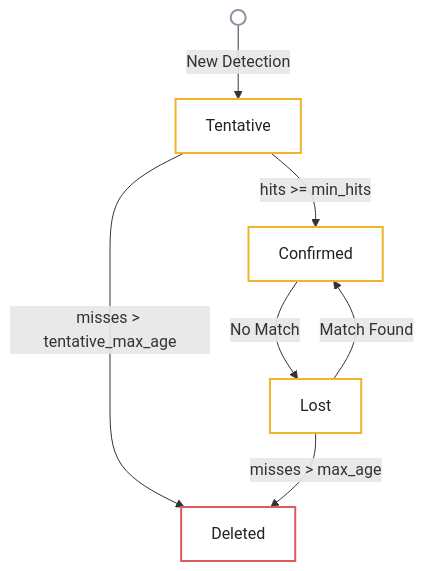
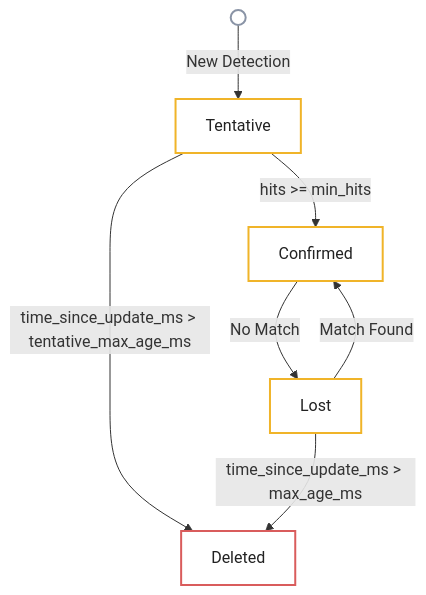
The second of 2 diagrams in docs/wiki/2.3-multi-object-tracking.md (e7canasta/mana-lite), drawn with Mermaid before and after one commit. The commit also changed other lines of this file and 33 other files, not shown here.

````diff
--- a/docs/wiki/2.3-multi-object-tracking.md
+++ b/docs/wiki/2.3-multi-object-tracking.md
@@ -159,31 +160,31 @@
 ```mermaid
 flowchart TB
 
     %% ========================================
     %% TRACK LIFECYCLE
     %% ========================================
 
     Start(( )) -->|"New Detection"| Tentative["Tentative"]
 
     Tentative -->|"hits >= min_hits"| Confirmed["Confirmed"]
 
-    Tentative -->|"misses > tentative_max_age"| Deleted["Deleted"]
+    Tentative -->|"time_since_update_ms > tentative_max_age_ms"| Deleted["Deleted"]
 
     Confirmed -->|"No Match"| Lost["Lost"]
 
     Lost -->|"Match Found"| Confirmed
 
-    Lost -->|"misses > max_age"| Deleted
+    Lost -->|"time_since_update_ms > max_age_ms"| Deleted
 
     %% ========================================
     %% STYLES
     %% ========================================
 
     classDef logicNode fill:#FFFFFF,stroke:#F0B429,stroke-width:2px,color:#222;
     classDef errorNode fill:#FFFFFF,stroke:#D95C5C,stroke-width:2px,color:#222;
     classDef neutralNode fill:#FFFFFF,stroke:#8A94A6,stroke-width:2px,color:#222;
 
     class Tentative,Confirmed,Lost logicNode;
     class Deleted errorNode;
     class Start neutralNode;
 ```
````
